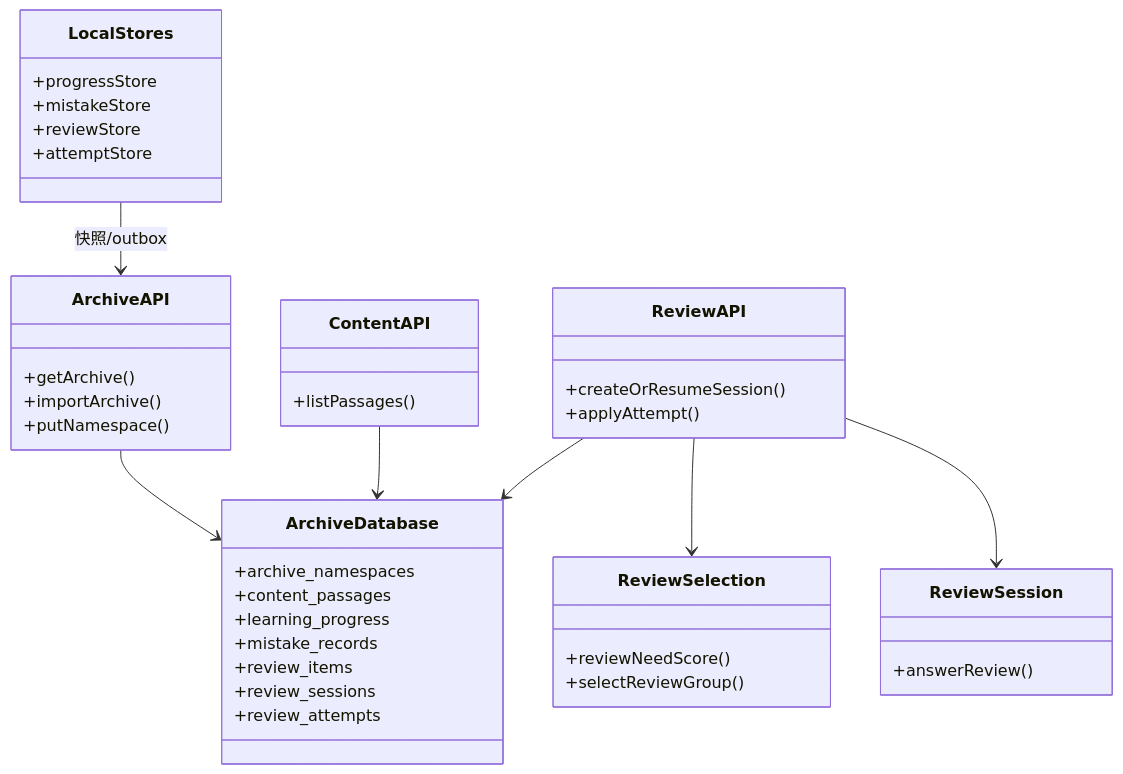
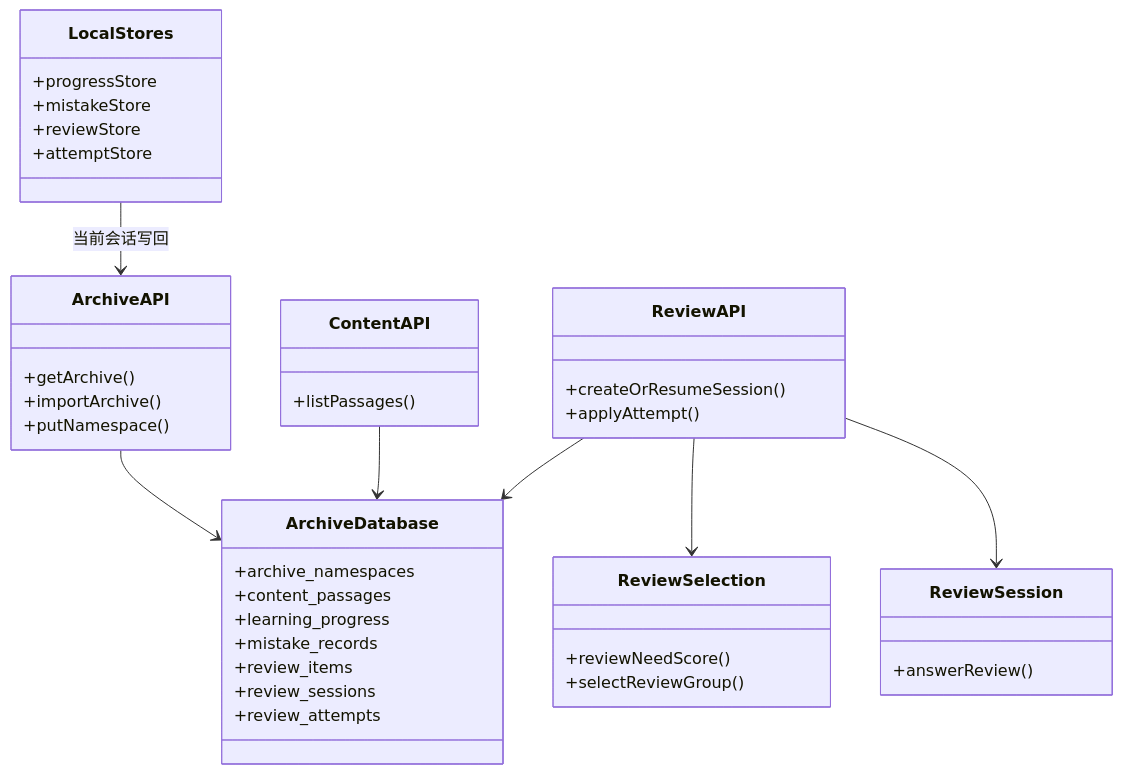
One commit to lcx2011/wyan changed the diagram in docs/class-diagram.mermaid. Above: the diagram before and after it, drawn with Mermaid. The commit also changed 49 other files, not shown here.

```diff
--- a/docs/class-diagram.mermaid
+++ b/docs/class-diagram.mermaid
@@ -1,42 +1,42 @@
 classDiagram
   class ArchiveAPI {
     +getArchive()
     +importArchive()
     +putNamespace()
   }
   class ContentAPI {
     +listPassages()
   }
   class ReviewAPI {
     +createOrResumeSession()
     +applyAttempt()
   }
   class ArchiveDatabase {
     +archive_namespaces
     +content_passages
     +learning_progress
     +mistake_records
     +review_items
     +review_sessions
     +review_attempts
   }
   class ReviewSelection {
     +reviewNeedScore()
     +selectReviewGroup()
   }
   class ReviewSession {
     +answerReview()
   }
   class LocalStores {
     +progressStore
     +mistakeStore
     +reviewStore
     +attemptStore
   }
 
   ArchiveAPI --> ArchiveDatabase
   ContentAPI --> ArchiveDatabase
   ReviewAPI --> ArchiveDatabase
   ReviewAPI --> ReviewSelection
   ReviewAPI --> ReviewSession
-  LocalStores --> ArchiveAPI : 快照/outbox
+  LocalStores --> ArchiveAPI : 当前会话写回
```
